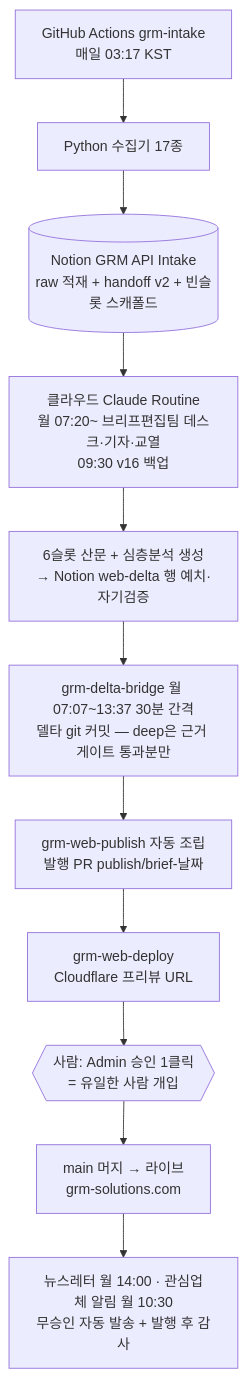
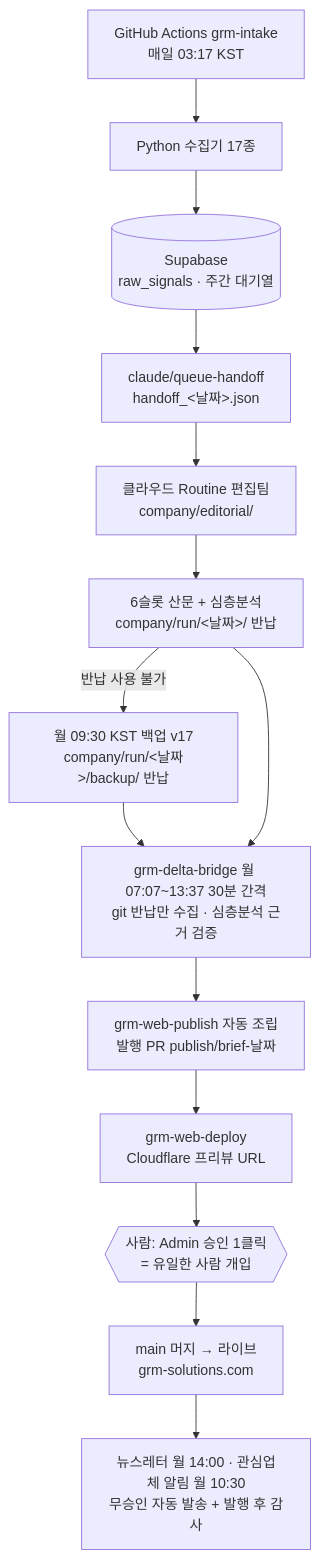
Before and after one commit to MINHOYEOM/grm-api-intake: the second of 3 diagrams in GRM_SYSTEM.md, drawn with Mermaid. The commit also changed other lines of this file and 1 other file, not shown here.

Commit message:
docs: 노션 off(11-24) 반영 — CLAUDE.md 저장 줄·GRM_SYSTEM.md 데이터 흐름

````diff
--- a/GRM_SYSTEM.md
+++ b/GRM_SYSTEM.md
@@ -170,13 +167,16 @@
 ```mermaid
 flowchart TD
     A[GitHub Actions grm-intake<br/>매일 03:17 KST] --> B[Python 수집기 17종]
-    B --> C[(Notion GRM API Intake<br/>raw 적재 + handoff v2 + 빈슬롯 스캐폴드)]
-    C --> D[클라우드 Claude Routine<br/>월 07:20~ 브리프편집팀 데스크·기자·교열<br/>09:30 v16 백업]
-    D --> E[6슬롯 산문 + 심층분석 생성<br/>→ Notion web-delta 행 예치·자기검증]
-    E --> F[grm-delta-bridge 월 07:07~13:37 30분 간격<br/>델타 git 커밋 — deep은 근거 게이트 통과분만]
+    B --> C[(Supabase<br/>raw_signals · 주간 대기열)]
+    C --> Q["claude/queue-handoff<br/>handoff_&lt;날짜&gt;.json"]
+    Q --> D["클라우드 Routine 편집팀<br/>company/editorial/"]
+    D --> E["6슬롯 산문 + 심층분석<br/>company/run/&lt;날짜&gt;/ 반납"]
+    E -->|반납 사용 불가| V["월 09:30 KST 백업 v17<br/>company/run/&lt;날짜&gt;/backup/ 반납"]
+    V --> F
+    E --> F["grm-delta-bridge 월 07:07~13:37 30분 간격<br/>git 반납만 수집 · 심층분석 근거 검증"]
     F --> G[grm-web-publish 자동 조립<br/>발행 PR publish/brief-날짜]
     G --> H[grm-web-deploy<br/>Cloudflare 프리뷰 URL]
     H --> I{{사람: Admin 승인 1클릭<br/>= 유일한 사람 개입}}
     I --> J[main 머지 → 라이브<br/>grm-solutions.com]
     J --> K[뉴스레터 월 14:00 · 관심업체 알림 월 10:30<br/>무승인 자동 발송 + 발행 후 감사]
 ```
````
